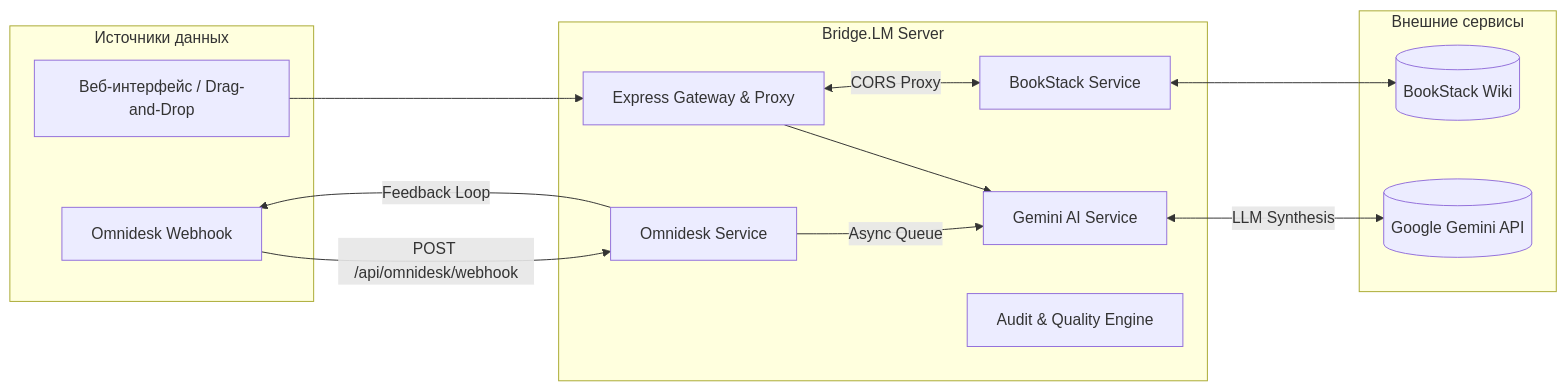
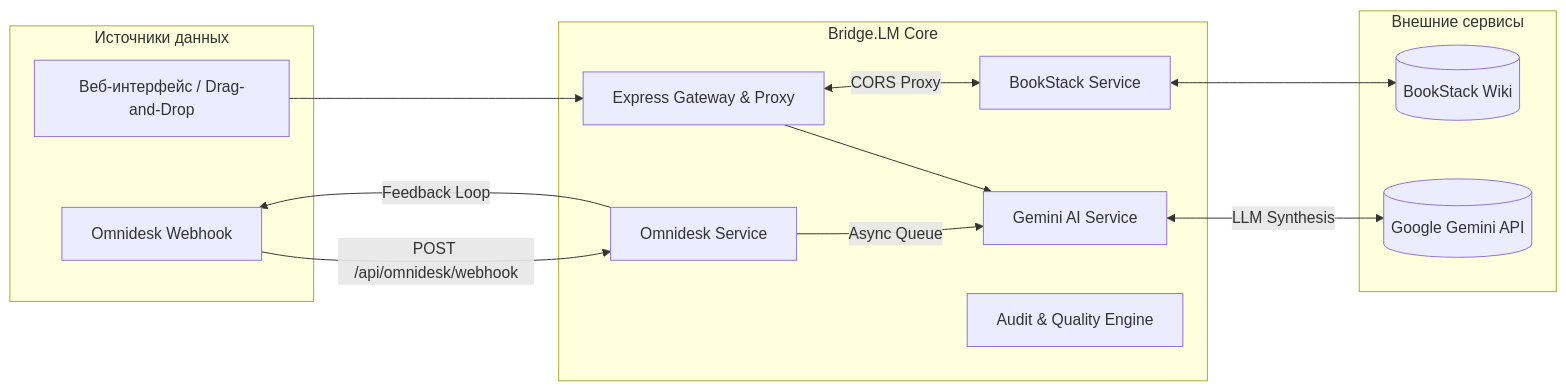
One commit to Butey/Bridge.LM changed the first of 2 diagrams in README.md. Above: the diagram before and after it, drawn with Mermaid. The commit also changed other lines of this file, not shown here.

Commit message:
docs: enrich README with architecture workflows, API endpoints and skills catalog

````diff
--- a/README.md
+++ b/README.md
@@ -52,29 +68,29 @@
 ```mermaid
 flowchart LR
     subgraph Sources [Источники данных]
         UI[Веб-интерфейс / Drag-and-Drop]
         OD[Omnidesk Webhook]
     end
 
-    subgraph Core [Bridge.LM Server]
+    subgraph Core [Bridge.LM Core]
         API[Express Gateway & Proxy]
         ODS[Omnidesk Service]
         BSS[BookStack Service]
         GS[Gemini AI Service]
         AUD[Audit & Quality Engine]
     end
 
-    subgraph Storage [Внешние сервисы]
+    subgraph External [Внешние сервисы]
         BS[(BookStack Wiki)]
         GEMINI[(Google Gemini API)]
     end
 
     UI --> API
     OD -->|POST /api/omnidesk/webhook| ODS
     ODS -->|Async Queue| GS
     API --> GS
     GS <-->|LLM Synthesis| GEMINI
     API <-->|CORS Proxy| BSS
     BSS <--> BS
     ODS -->|Feedback Loop| OD
 ```
````
